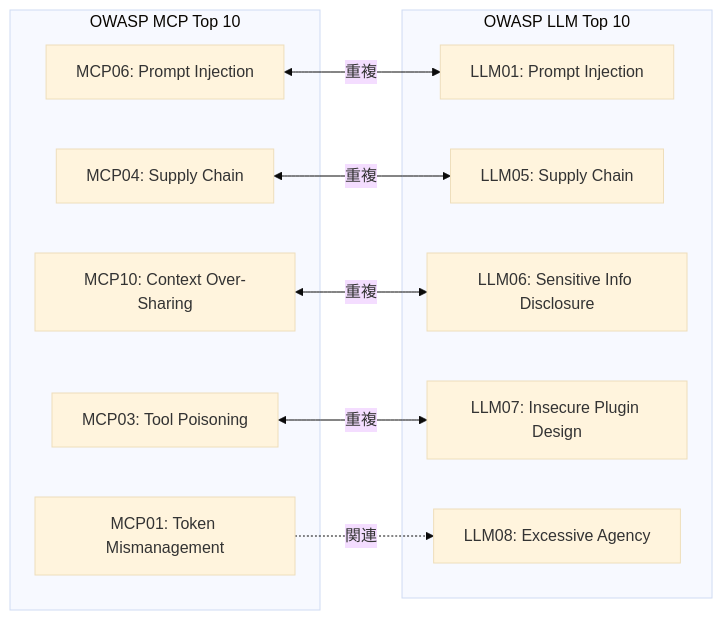
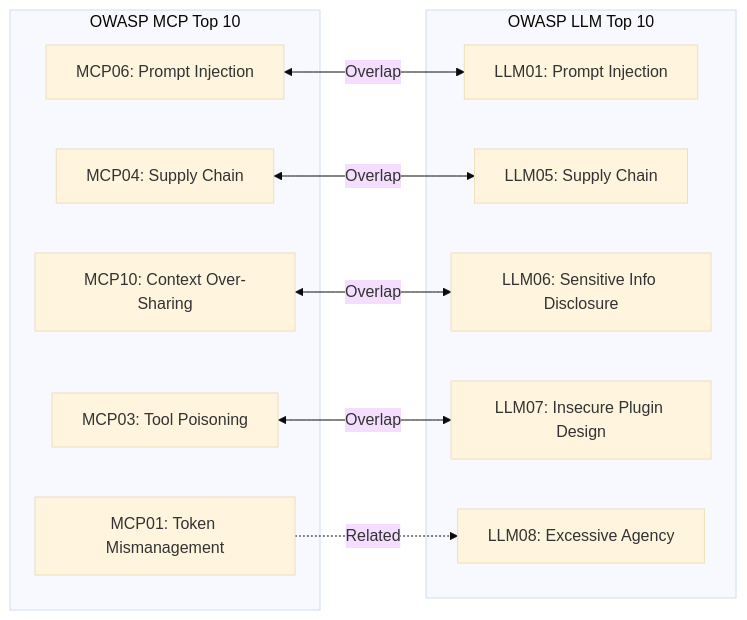
Before and after one commit to shuji-bonji/ai-agent-architecture: the second of 6 diagrams in docs/mcp/security.md, drawn with Mermaid (base theme). The commit also changed other lines of this file and 42 other files, not shown here.

````diff
--- a/docs/mcp/security.md
+++ b/docs/mcp/security.md
@@ -209,24 +211,24 @@
 ```mermaid
 graph LR
     subgraph "OWASP MCP Top 10"
         MCP01[MCP01: Token Mismanagement]
         MCP03[MCP03: Tool Poisoning]
         MCP04[MCP04: Supply Chain]
         MCP06[MCP06: Prompt Injection]
         MCP10[MCP10: Context Over-Sharing]
     end
 
     subgraph "OWASP LLM Top 10"
         LLM01[LLM01: Prompt Injection]
         LLM05[LLM05: Supply Chain]
         LLM06[LLM06: Sensitive Info Disclosure]
         LLM07[LLM07: Insecure Plugin Design]
         LLM08[LLM08: Excessive Agency]
     end
 
-    MCP06 <-->|"重複"| LLM01
-    MCP04 <-->|"重複"| LLM05
-    MCP10 <-->|"重複"| LLM06
-    MCP03 <-->|"重複"| LLM07
-    MCP01 -.->|"関連"| LLM08
+    MCP06 <-->|"Overlap"| LLM01
+    MCP04 <-->|"Overlap"| LLM05
+    MCP10 <-->|"Overlap"| LLM06
+    MCP03 <-->|"Overlap"| LLM07
+    MCP01 -.->|"Related"| LLM08
 ```
````
